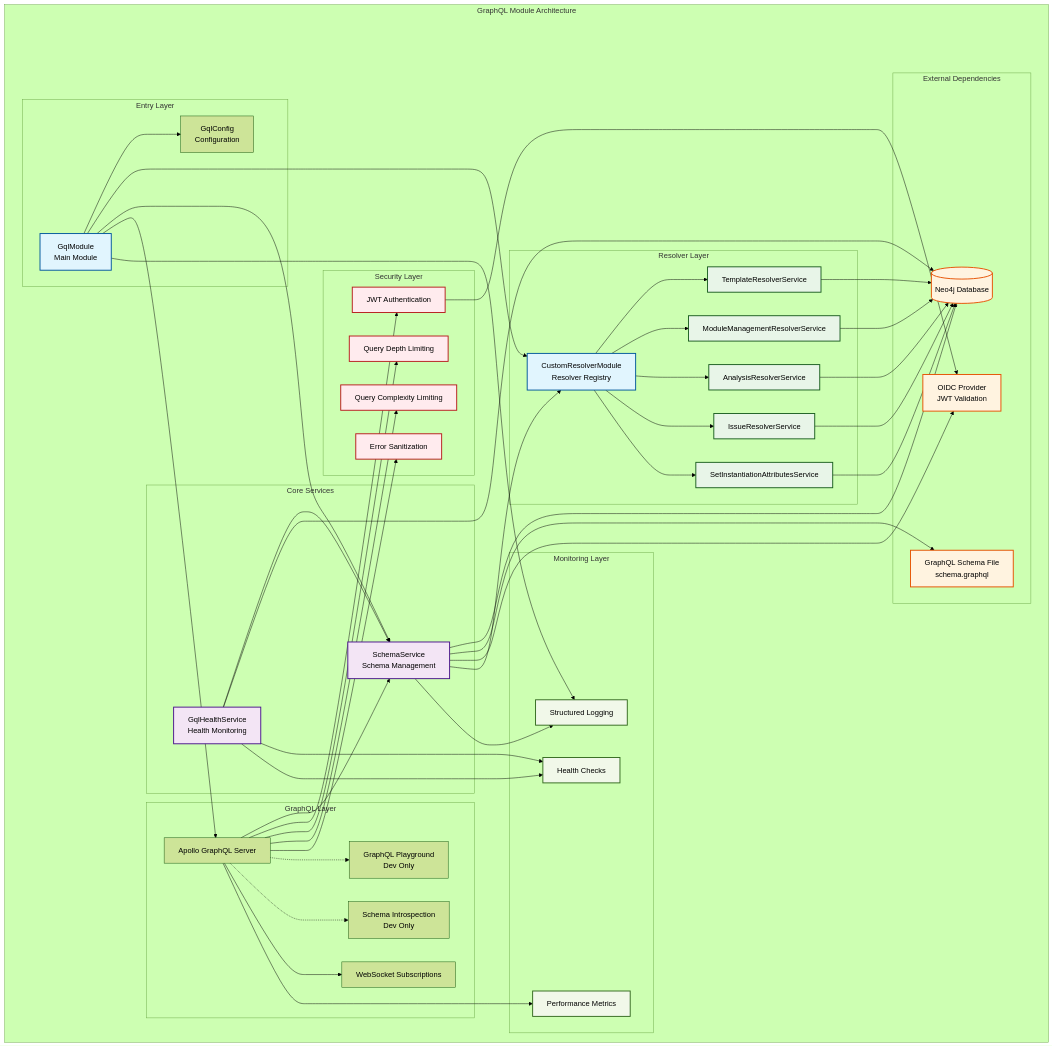
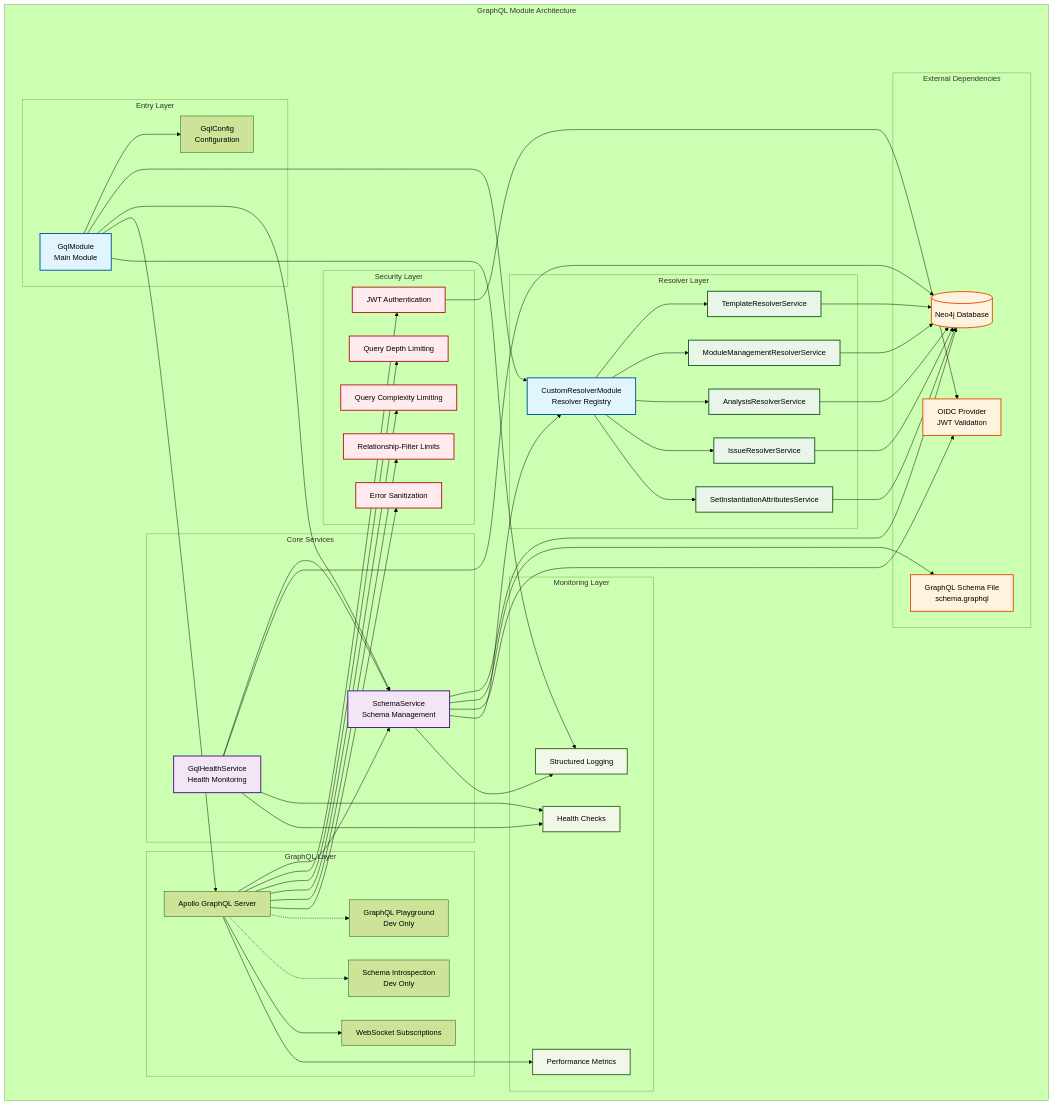
The diagram in docs/architecture/backend/LLD/ARCHITECTURE.md (dether-net/dethernety-oss), drawn with Mermaid (forest theme) before and after one commit. The commit also changed other lines of this file and 196 other files, not shown here.

````diff
--- a/docs/architecture/backend/LLD/ARCHITECTURE.md
+++ b/docs/architecture/backend/LLD/ARCHITECTURE.md
@@ -45,6 +45,7 @@
             AUTH[JWT Authentication]
             DEPTH[Query Depth Limiting]
             COMPLEXITY[Query Complexity Limiting]
+            RELFILTER[Relationship-Filter Limits]
             ERROR[Error Sanitization]
         end
 
@@ -81,6 +82,7 @@
     APOLLO --> AUTH
     APOLLO --> DEPTH
     APOLLO --> COMPLEXITY
+    APOLLO --> RELFILTER
     APOLLO --> ERROR
 
     %% Development features
@@ -121,6 +123,6 @@
     class SS,HS serviceClass
     class RS1,RS2,RS3,RS4,RS5 resolverClass
     class NEO,OIDC,SCHEMA externalClass
-    class AUTH,DEPTH,COMPLEXITY,ERROR securityClass
+    class AUTH,DEPTH,COMPLEXITY,RELFILTER,ERROR securityClass
     class LOGGING,HEALTH,METRICS monitoringClass
 ```
````
